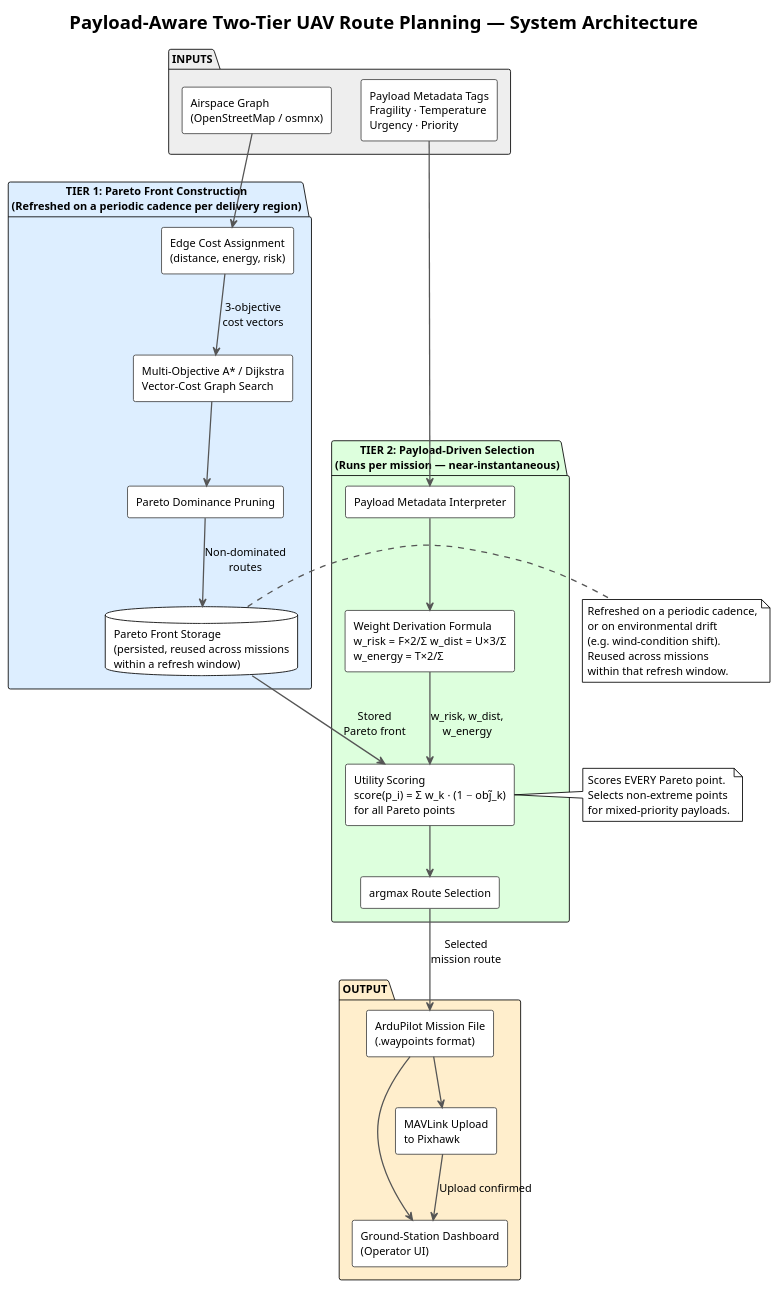
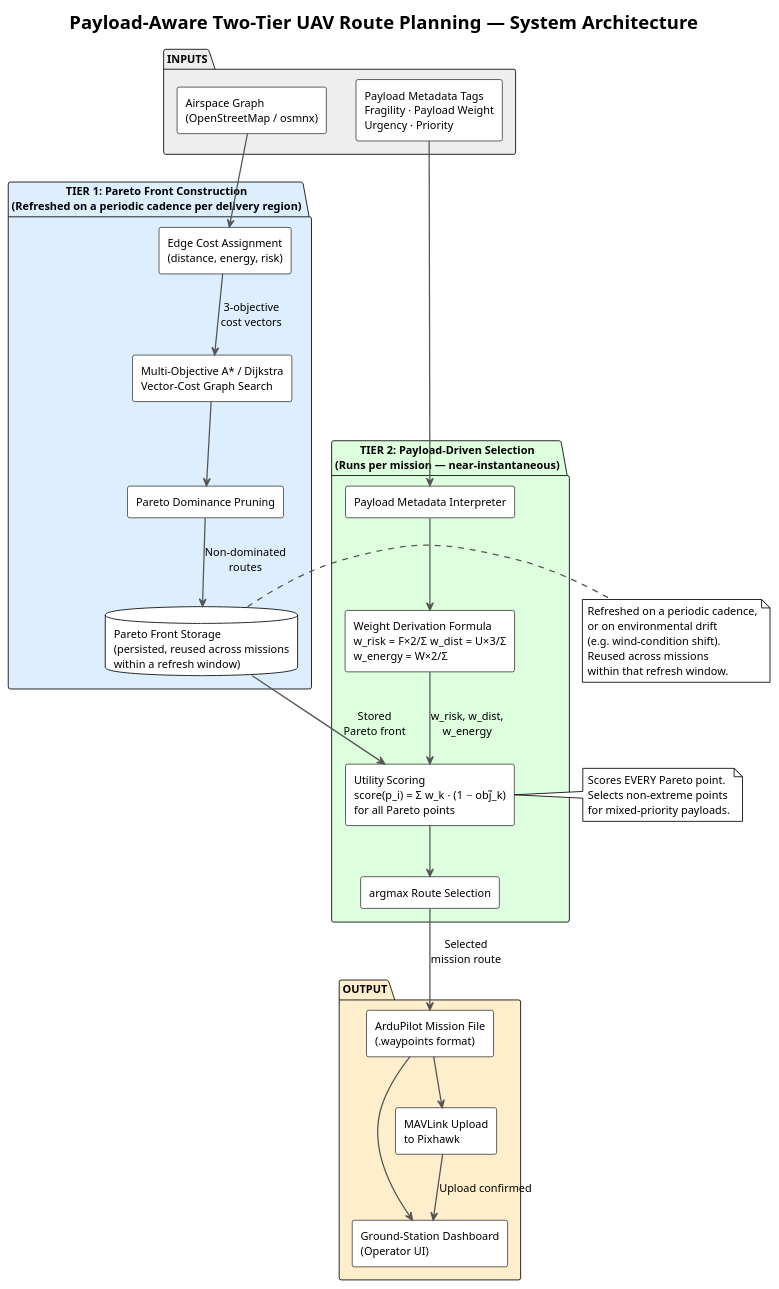
Before and after one commit to thirumuruganra/fyp-drone: the diagram in Review 1/Phase 1 Report/diagrams/arch.puml, drawn with PlantUML. The commit also changed 9 other files, not shown here.

First line of the commit message:
refactor(review1): rename temperature-sensitivity payload tag to payload-weight class

```diff
--- a/Review 1/Phase 1 Report/diagrams/arch.puml
+++ b/Review 1/Phase 1 Report/diagrams/arch.puml
@@ -1,65 +1,65 @@
 @startuml arch
 !theme plain
 skinparam componentStyle rectangle
 skinparam defaultFontSize 13
 skinparam ArrowThickness 1.5
 skinparam ArrowColor #555555
 skinparam componentBorderColor #444444
 skinparam componentBackgroundColor #FFFFFF
 
 title Payload-Aware Two-Tier UAV Route Planning — System Architecture
 
 package "INPUTS" #EEEEEE {
   [Airspace Graph\n(OpenStreetMap / osmnx)] as AG
-  [Payload Metadata Tags\nFragility · Temperature\nUrgency · Priority] as PMT
+  [Payload Metadata Tags\nFragility · Payload Weight\nUrgency · Priority] as PMT
 }
 
 package "TIER 1: Pareto Front Construction\n(Refreshed on a periodic cadence per delivery region)" #DDEEFF {
   [Edge Cost Assignment\n(distance, energy, risk)] as OCA
   [Multi-Objective A* / Dijkstra\nVector-Cost Graph Search] as MOA
   [Pareto Dominance Pruning] as PDF
   database "Pareto Front Storage\n(persisted, reused across missions\nwithin a refresh window)" as PFS
 }
 
 package "TIER 2: Payload-Driven Selection\n(Runs per mission — near-instantaneous)" #DDFFDD {
   [Payload Metadata Interpreter] as PMI
-  [Weight Derivation Formula\nw_risk = F×2/Σ  w_dist = U×3/Σ\nw_energy = T×2/Σ] as WDF
+  [Weight Derivation Formula\nw_risk = F×2/Σ  w_dist = U×3/Σ\nw_energy = W×2/Σ] as WDF
   [Utility Scoring\nscore(p_i) = Σ w_k · (1 − obj̃_k)\nfor all Pareto points] as US
   [argmax Route Selection] as RS
 }
 
 package "OUTPUT" #FFEECC {
   [ArduPilot Mission File\n(.waypoints format)] as MF
   [Ground-Station Dashboard\n(Operator UI)] as GSD
   [MAVLink Upload\nto Pixhawk] as ML
 }
 
 AG --> OCA
 OCA --> MOA : "3-objective\ncost vectors"
 MOA --> PDF
 PDF --> PFS : "Non-dominated\nroutes"
 
 PMT --> PMI
 PFS --> US : "Stored\nPareto front"
 PMI --> WDF
 WDF --> US : "w_risk, w_dist,\nw_energy"
 US --> RS
 RS --> MF : "Selected\nmission route"
 MF --> GSD
 MF --> ML
 ML --> GSD : "Upload confirmed"
 
 note right of PFS
   Refreshed on a periodic cadence,
   or on environmental drift
   (e.g. wind-condition shift).
   Reused across missions
   within that refresh window.
 end note
 
 note right of US
   Scores EVERY Pareto point.
   Selects non-extreme points
   for mixed-priority payloads.
 end note
 @enduml
```
